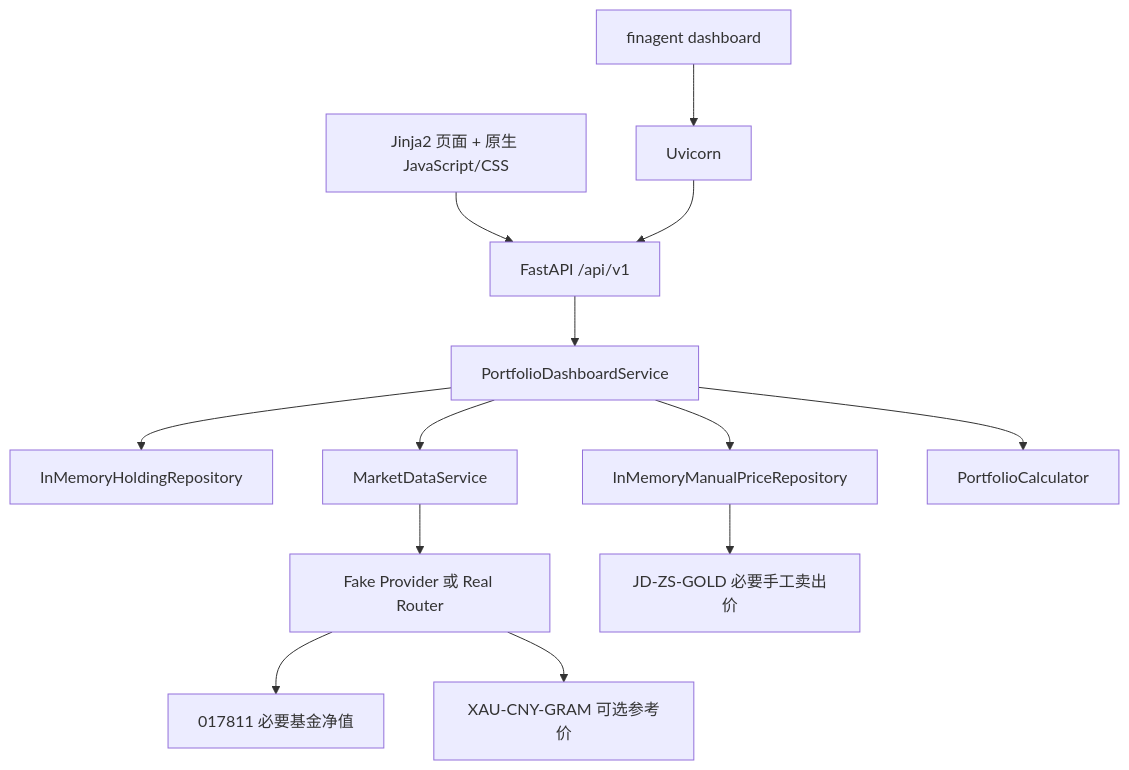
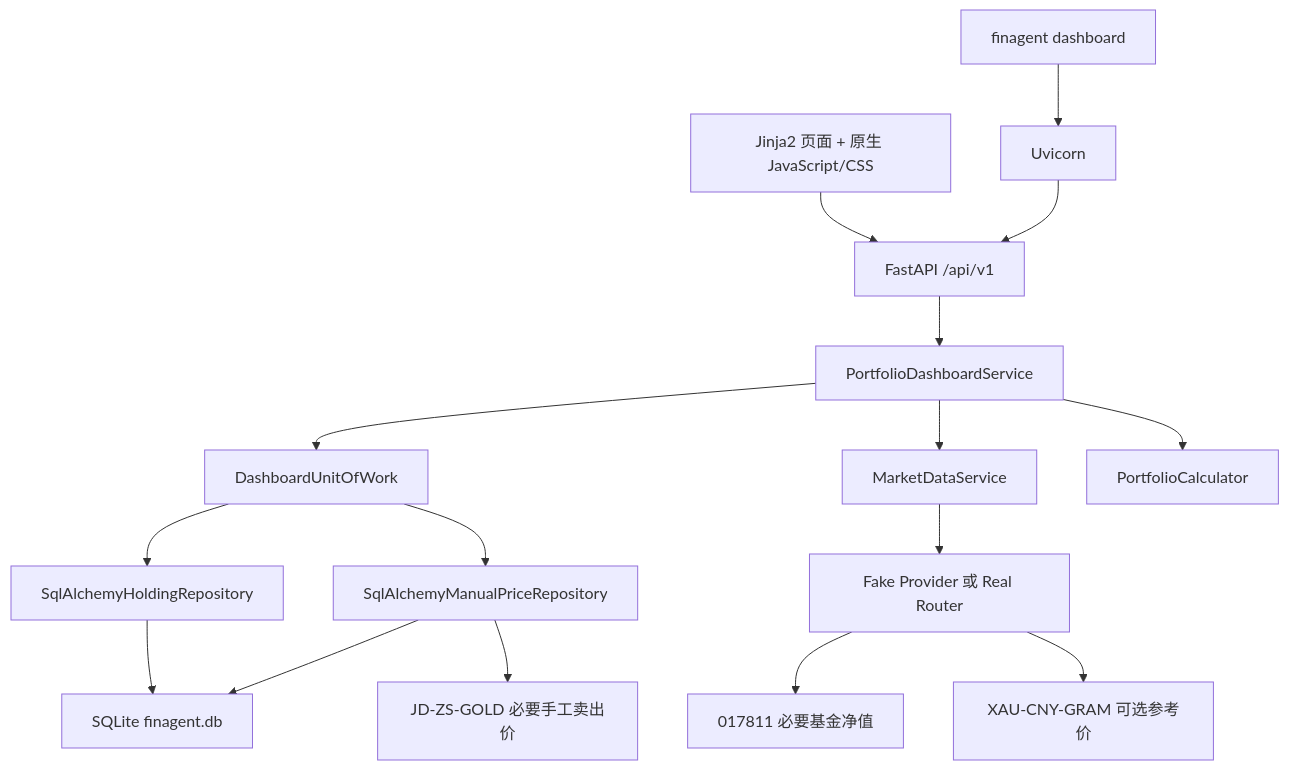
One commit to xmzhhh/xmz-agent changed the second of 2 diagrams in docs/ARCHITECTURE.md. Above: the diagram before and after it, drawn with Mermaid. The commit also changed other lines of this file and 19 other files, not shown here.

````diff
--- a/docs/ARCHITECTURE.md
+++ b/docs/ARCHITECTURE.md
@@ -195,15 +197,18 @@
 ```mermaid
 flowchart TD
     Browser["Jinja2 页面 + 原生 JavaScript/CSS"] --> API["FastAPI /api/v1"]
     CLI["finagent dashboard"] --> Server["Uvicorn"]
     Server --> API
     API --> Dashboard["PortfolioDashboardService"]
-    Dashboard --> Holdings["InMemoryHoldingRepository"]
-    Dashboard --> ManualPrices["InMemoryManualPriceRepository"]
+    Dashboard --> UOW["DashboardUnitOfWork"]
+    UOW --> Holdings["SqlAlchemyHoldingRepository"]
+    UOW --> ManualPrices["SqlAlchemyManualPriceRepository"]
+    Holdings --> SQLite["SQLite finagent.db"]
+    ManualPrices --> SQLite
     Dashboard --> Market["MarketDataService"]
     Market --> Provider["Fake Provider 或 Real Router"]
     Dashboard --> Calculator["PortfolioCalculator"]
     Provider --> Required["017811 必要基金净值"]
     Provider --> Reference["XAU-CNY-GRAM 可选参考价"]
     ManualPrices --> Gold["JD-ZS-GOLD 必要手工卖出价"]
 ```
````
